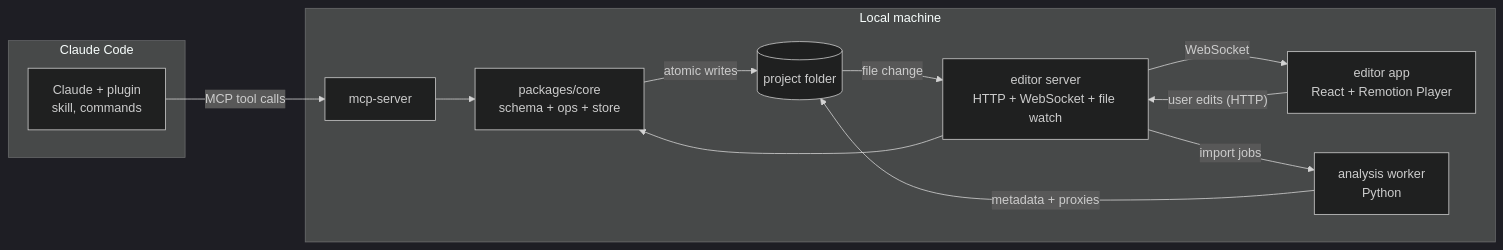
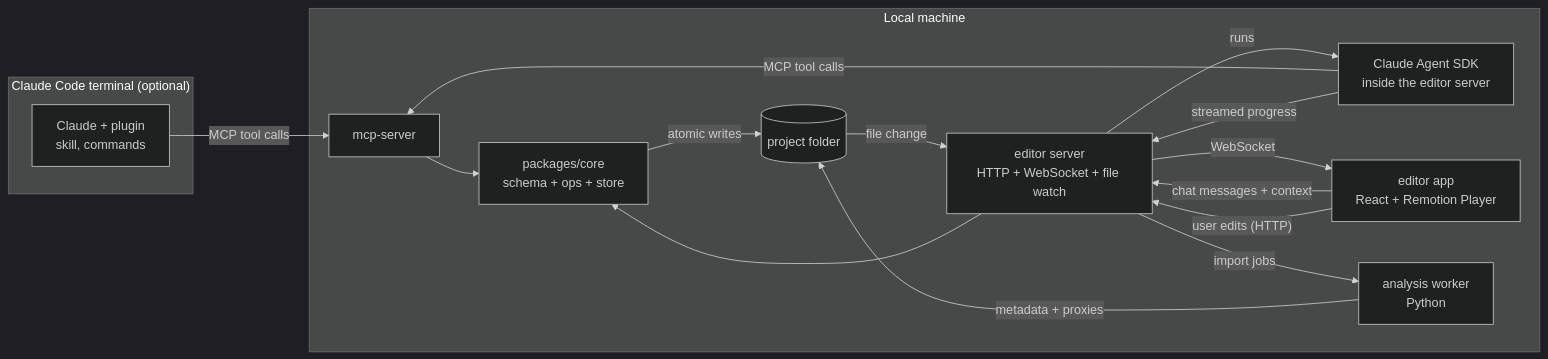
Before and after one commit to Prathmeshgumal/claude-cut: the diagram in docs/design.md, drawn with Mermaid (dark theme). The commit also changed other lines of this file, not shown here.

First line of the commit message:
Design: give Claude instructions from the app via the Agent SDK

````diff
--- a/docs/design.md
+++ b/docs/design.md
@@ -50,23 +53,28 @@
 ```mermaid
 flowchart LR
-    subgraph Claude Code
+    subgraph TERM["Claude Code terminal (optional)"]
       CC[Claude + plugin<br/>skill, commands]
     end
     subgraph Local machine
+      AG[Claude Agent SDK<br/>inside the editor server]
       MCP[mcp-server]
       CORE[packages/core<br/>schema + ops + store]
       SRV[editor server<br/>HTTP + WebSocket + file watch]
       UI[editor app<br/>React + Remotion Player]
       AN[analysis worker<br/>Python]
       FS[(project folder)]
     end
     CC -- MCP tool calls --> MCP
+    UI -- chat messages + context --> SRV
+    SRV -- runs --> AG
+    AG -- MCP tool calls --> MCP
+    AG -- streamed progress --> SRV
     MCP --> CORE
     SRV --> CORE
     CORE -- atomic writes --> FS
     FS -- file change --> SRV
     SRV -- WebSocket --> UI
     UI -- user edits (HTTP) --> SRV
     SRV -- import jobs --> AN
     AN -- metadata + proxies --> FS
 ```
````
